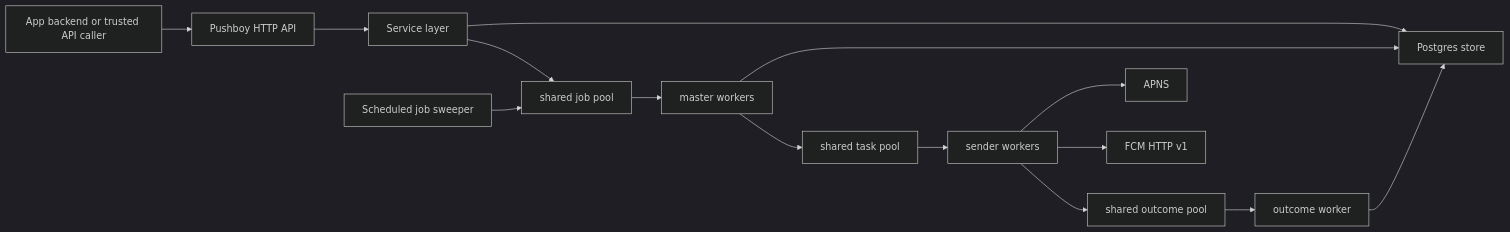
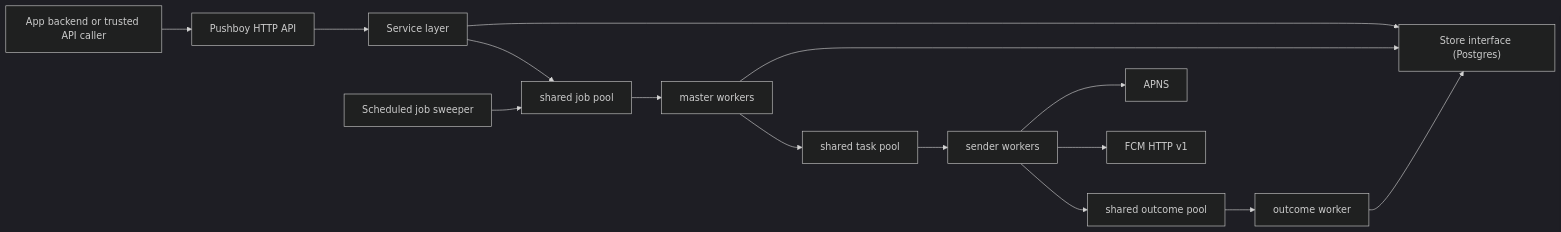
The diagram in README.md (mithileshchellappan/pushboy), drawn with Mermaid (dark theme) before and after one commit. The commit also changed other lines of this file, not shown here.

````diff
--- a/README.md
+++ b/README.md
@@ -258,17 +273,17 @@
 ```mermaid
 flowchart LR
     Client["App backend or trusted API caller"] --> API["Pushboy HTTP API"]
     API --> Service["Service layer"]
-    Service --> Store["Postgres store"]
+    Service --> Store["Store interface (Postgres)"]
     Service --> JobPool["shared job pool"]
     Scheduler["Scheduled job sweeper"] --> JobPool
     JobPool --> Masters["master workers"]
     Masters --> Store
     Masters --> TaskPool["shared task pool"]
     TaskPool --> Senders["sender workers"]
     Senders --> APNS["APNS"]
     Senders --> FCM["FCM HTTP v1"]
     Senders --> OutcomePool["shared outcome pool"]
     OutcomePool --> Outcomes["outcome worker"]
     Outcomes --> Store
 ```
````
